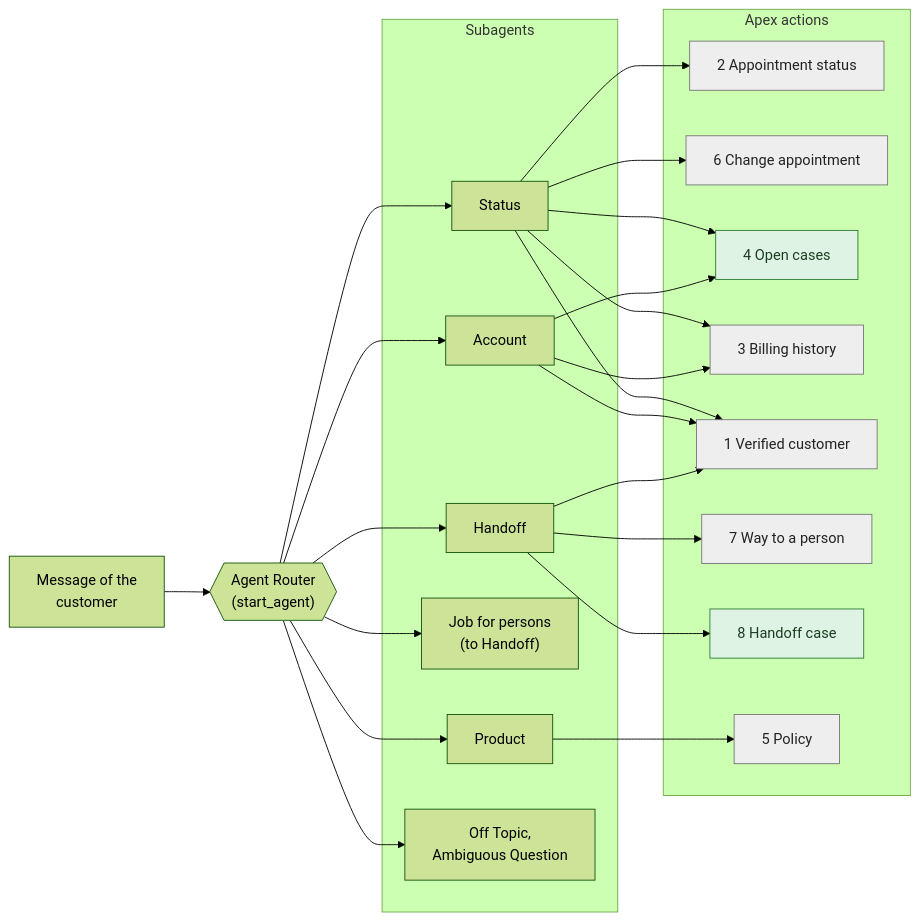
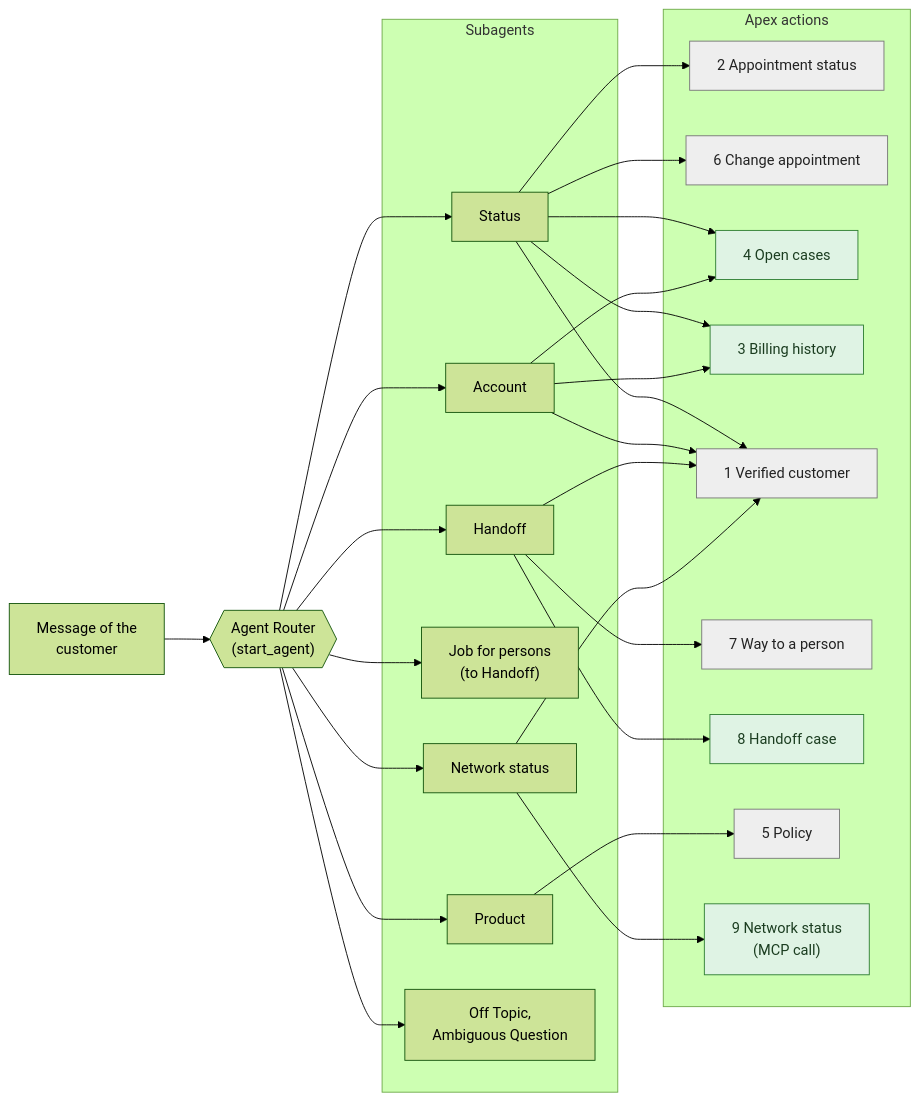
One commit to AbhimanyuBhagwati/servicing-agent-demo changed the first of 2 diagrams in README.md. Above: the diagram before and after it, drawn with Mermaid (forest theme). The commit also changed other lines of this file and 63 other files, not shown here.

First line of the commit message:
Add an MCP tool (network status) and a Data 360 read (billing history)

````diff
--- a/README.md
+++ b/README.md
@@ -68,35 +72,38 @@
 ```mermaid
 flowchart LR
     M["Message of the<br/>customer"] --> R{{"Agent Router<br/>(start_agent)"}}
 
     subgraph SA["Subagents"]
         S["Status"]
         A["Account"]
         H["Handoff"]
         J["Job for persons<br/>(to Handoff)"]
         P["Product"]
+        N["Network status"]
         O["Off Topic,<br/>Ambiguous Question"]
     end
 
     subgraph AC["Apex actions"]
         A2["2 Appointment status"]
         A6["6 Change appointment"]
         A4["4 Open cases"]
         A3["3 Billing history"]
         A1["1 Verified customer"]
         A7["7 Way to a person"]
         A8["8 Handoff case"]
         A5["5 Policy"]
+        A9["9 Network status<br/>(MCP call)"]
     end
 
-    R --> S & A & H & J & P & O
+    R --> S & A & H & J & P & N & O
     S --> A2 & A6 & A4 & A3 & A1
     A --> A4 & A3 & A1
     H --> A1 & A7 & A8
     P --> A5
+    N --> A1 & A9
 
     classDef stub fill:#eeeeee,stroke:#777777,color:#222222
     classDef sf fill:#dff3e4,stroke:#2e7d32,color:#1b3d20
-    class A1,A2,A3,A5,A6,A7 stub
-    class A4,A8 sf
+    class A1,A2,A5,A6,A7 stub
+    class A3,A4,A8,A9 sf
 ```
````
